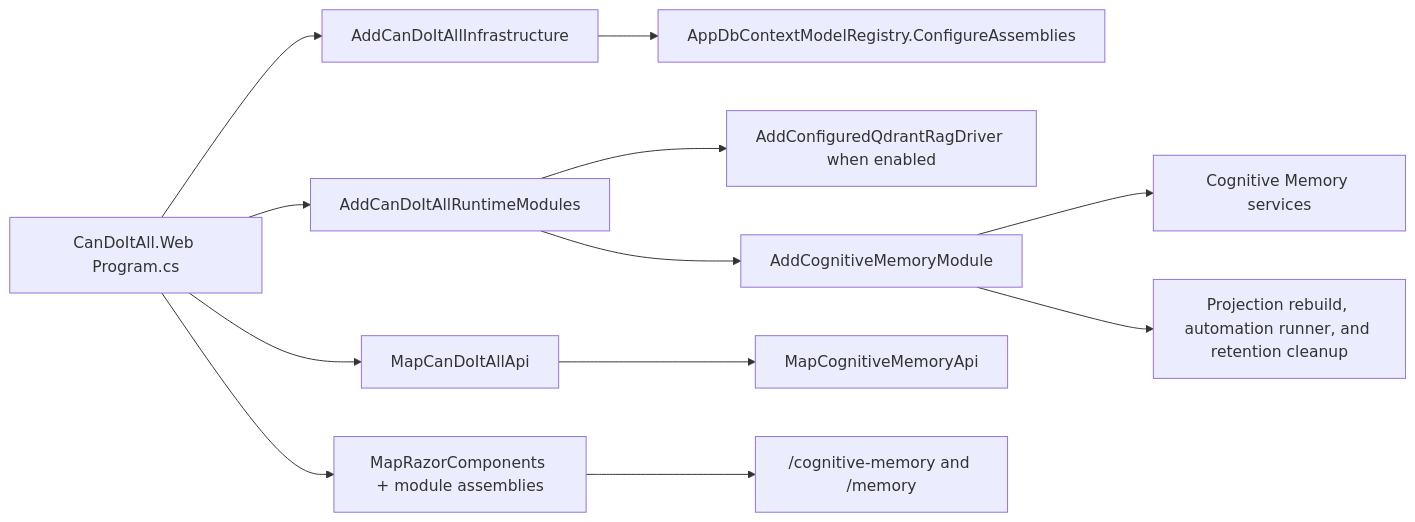
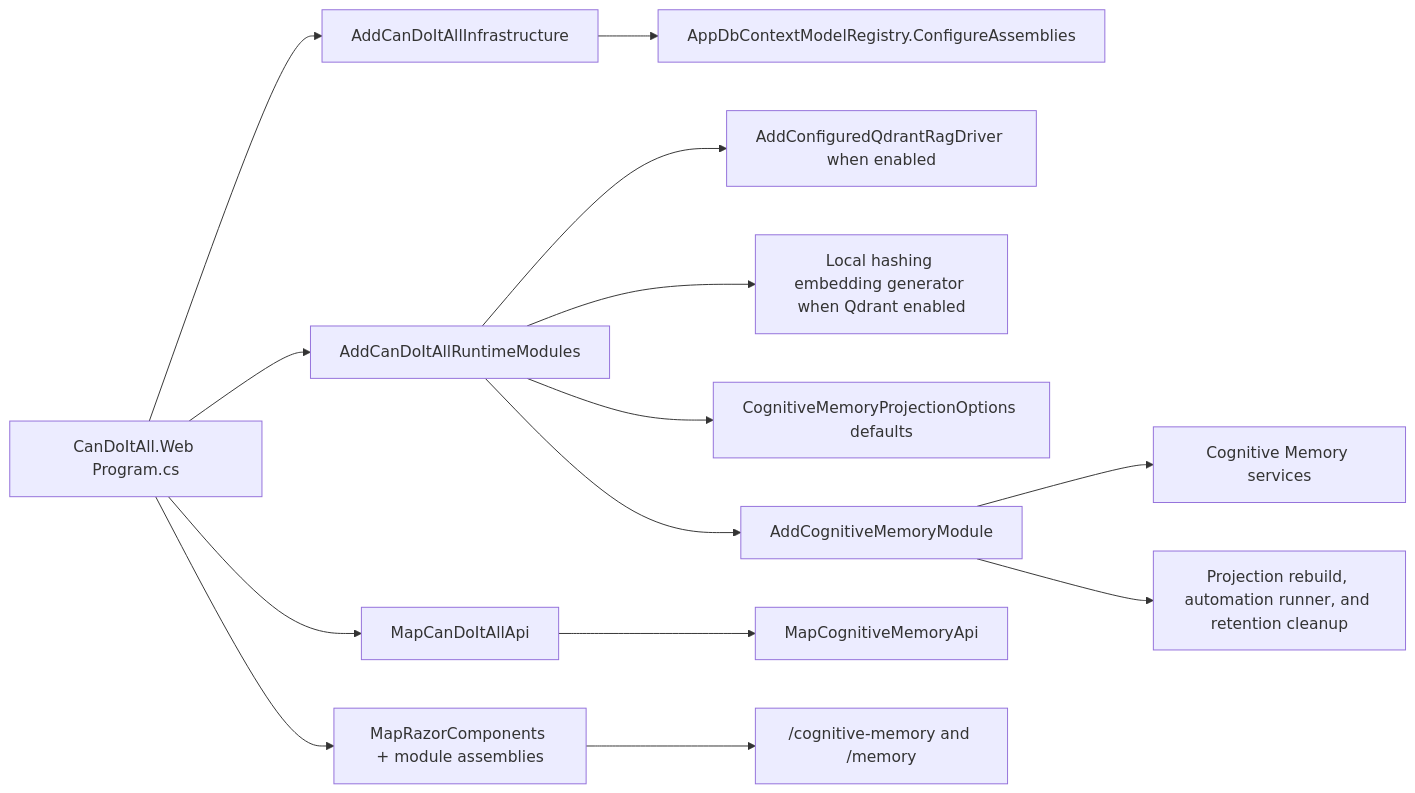
One commit to fyziktom/CanDoItAll changed the diagram in docs/cognitive-memory/current-state/implementation-map.md. Above: the diagram before and after it, drawn with Mermaid. The commit also changed other lines of this file and 61 other files, not shown here.

````diff
--- a/docs/cognitive-memory/current-state/implementation-map.md
+++ b/docs/cognitive-memory/current-state/implementation-map.md
@@ -30,14 +30,16 @@
 ```mermaid
 flowchart LR
     Program["CanDoItAll.Web Program.cs"] --> Infrastructure["AddCanDoItAllInfrastructure"]
     Infrastructure --> ModelRegistry["AppDbContextModelRegistry.ConfigureAssemblies"]
     Program --> Composition["AddCanDoItAllRuntimeModules"]
     Composition --> Qdrant["AddConfiguredQdrantRagDriver when enabled"]
+    Composition --> LocalEmbedding["Local hashing embedding generator when Qdrant enabled"]
+    Composition --> ProjectionDefaults["CognitiveMemoryProjectionOptions defaults"]
     Composition --> Module["AddCognitiveMemoryModule"]
     Module --> Services["Cognitive Memory services"]
     Module --> Operations["Projection rebuild, automation runner, and retention cleanup"]
     Program --> Api["MapCanDoItAllApi"]
     Api --> CognitiveApi["MapCognitiveMemoryApi"]
     Program --> Razor["MapRazorComponents + module assemblies"]
     Razor --> Page["/cognitive-memory and /memory"]
 ```
````
